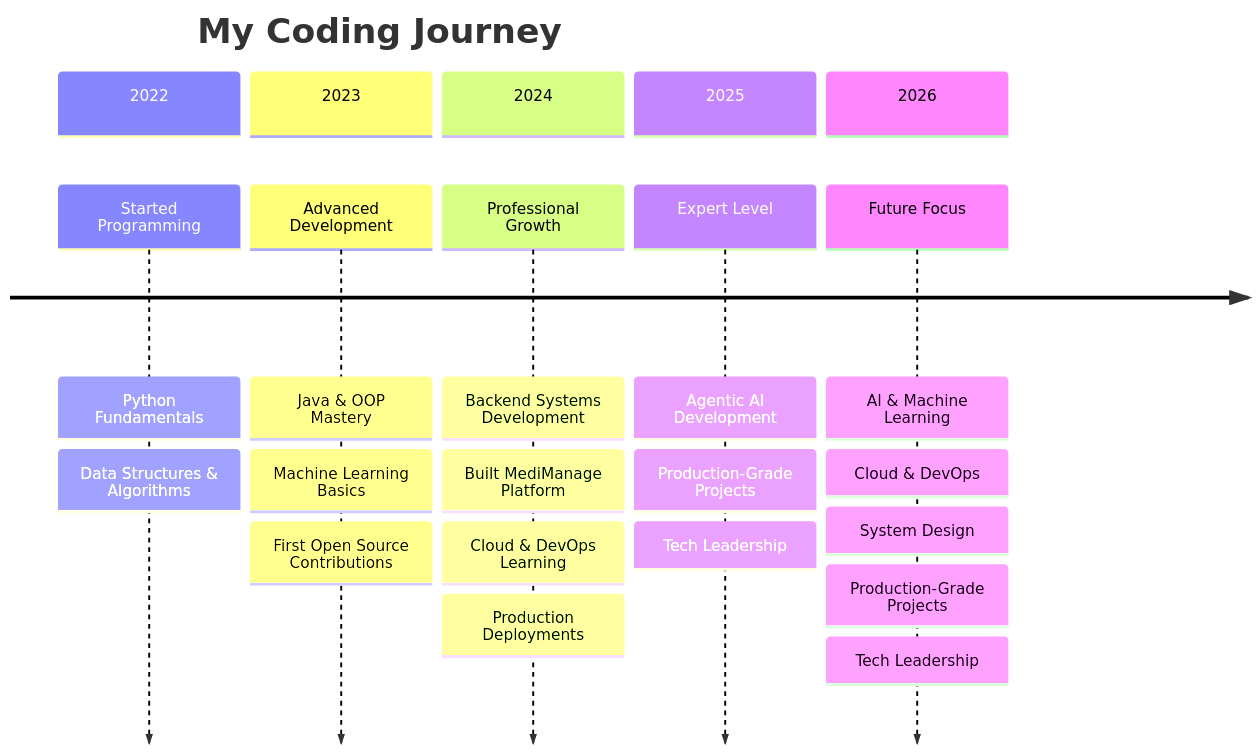
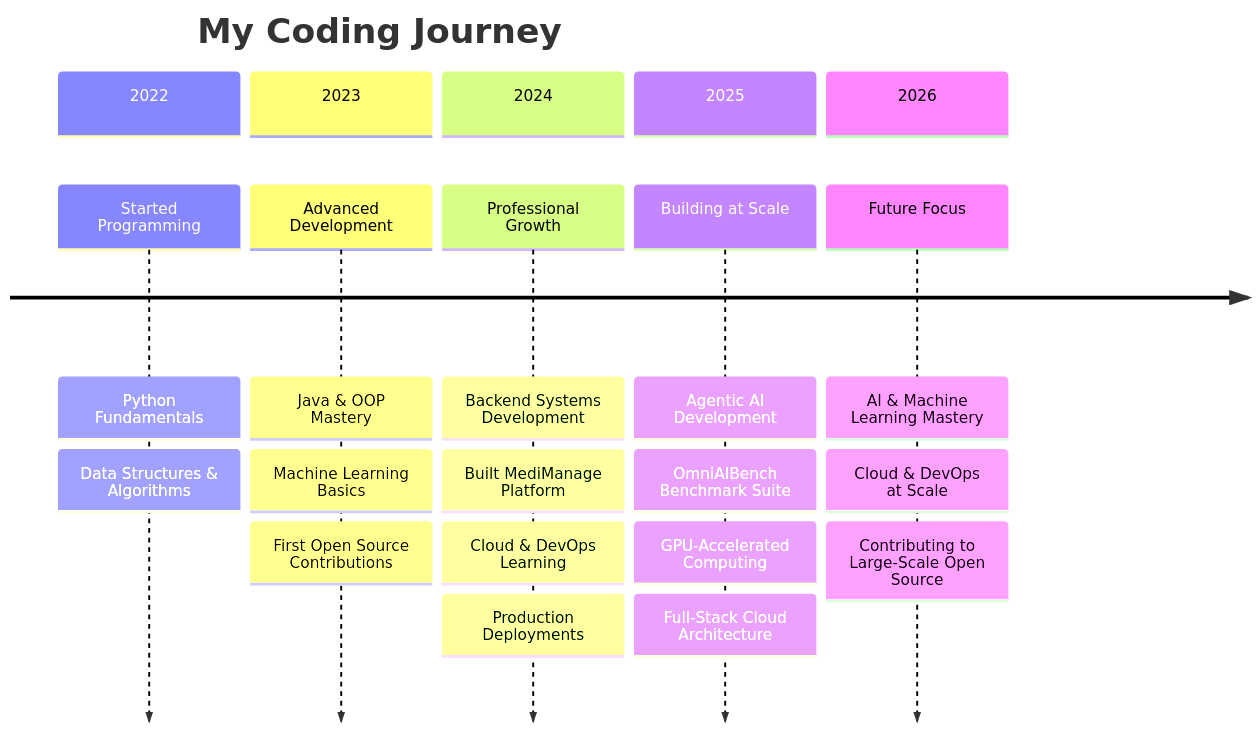
The diagram in README.md (vikash236/vikash236), drawn with Mermaid before and after one commit. The commit also changed other lines of this file, not shown here.

````diff
--- a/README.md
+++ b/README.md
@@ -434,26 +477,25 @@
 ```mermaid
 timeline
     title My Coding Journey
     section 2022
         Started Programming : Python Fundamentals
                             : Data Structures & Algorithms
     section 2023
         Advanced Development : Java & OOP Mastery
                              : Machine Learning Basics
                              : First Open Source Contributions
     section 2024
         Professional Growth : Backend Systems Development
                            : Built MediManage Platform
                            : Cloud & DevOps Learning
                            : Production Deployments
     section 2025
-        Expert Level : Agentic AI Development
-                     : Production-Grade Projects
-                     : Tech Leadership
+        Building at Scale : Agentic AI Development
+                          : OmniAIBench Benchmark Suite
+                          : GPU-Accelerated Computing
+                          : Full-Stack Cloud Architecture
     section 2026
-        Future Focus : AI & Machine Learning
-                     : Cloud & DevOps
-                     : System Design
-                     : Production-Grade Projects
-                     : Tech Leadership
+        Future Focus : AI & Machine Learning Mastery
+                     : Cloud & DevOps at Scale
+                     : Contributing to Large-Scale Open Source
 ```
````
